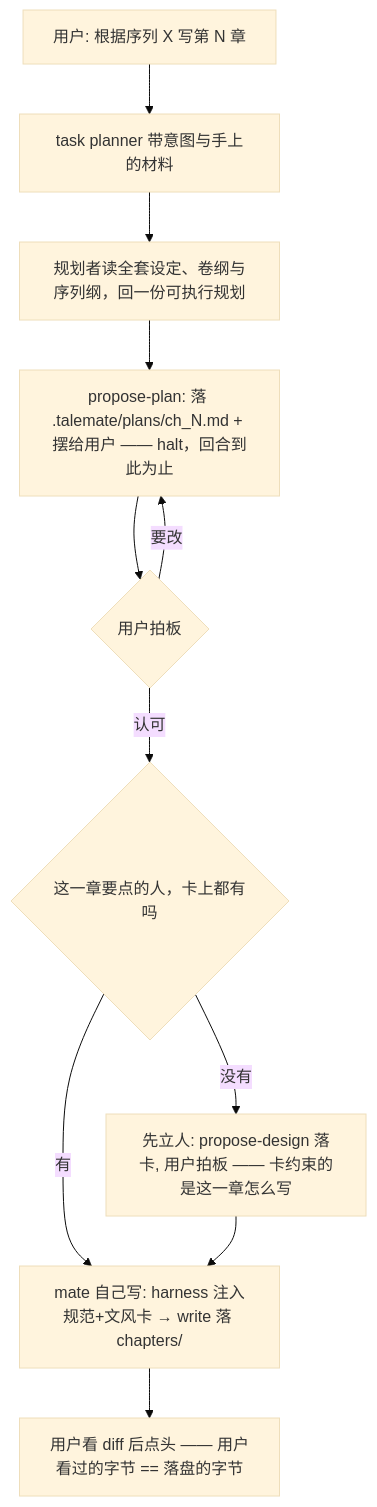
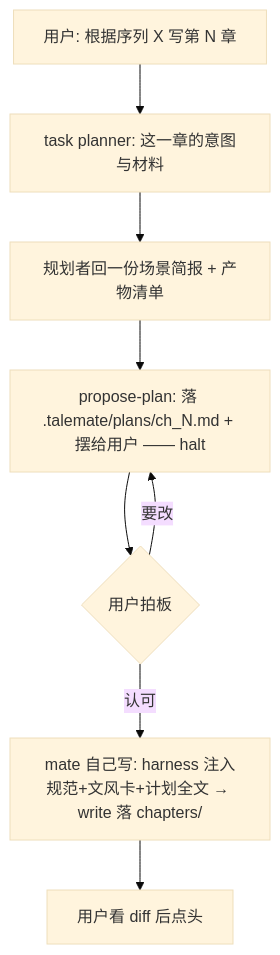
One commit to Sunshine334419520/talemate changed the diagram in docs/design-docs.md. Above: the diagram before and after it, drawn with Mermaid (base theme). The commit also changed other lines of this file and 35 other files, not shown here.

Commit message:
Add diff preview to ProposalCard and update design documentation

````diff
--- a/docs/design-docs.md
+++ b/docs/design-docs.md
@@ -95,13 +106,10 @@
 ```mermaid
 flowchart TD
-    W[用户: 根据序列 X 写第 N 章] --> W1[task planner 带意图与手上的材料]
-    W1 --> W2[规划者读全套设定、卷纲与序列纲，回一份可执行规划]
-    W2 --> W3[propose-plan: 落 .talemate/plans/ch_N.md + 摆给用户 —— halt，回合到此为止]
+    W[用户: 根据序列 X 写第 N 章] --> W1[task planner: 这一章的意图与材料]
+    W1 --> W2[规划者回一份场景简报 + 产物清单]
+    W2 --> W3[propose-plan: 落 .talemate/plans/ch_N.md + 摆给用户 —— halt]
     W3 --> W4{用户拍板}
     W4 -- 要改 --> W3
-    W4 -- 认可 --> W4B{这一章要点的人，卡上都有吗}
-    W4B -- 有 --> W5[mate 自己写: harness 注入规范+文风卡 → write 落 chapters/]
-    W4B -- 没有 --> W4C[先立人: propose-design 落卡, 用户拍板 —— 卡约束的是这一章怎么写]
-    W4C --> W5
-    W5 --> W6[用户看 diff 后点头 —— 用户看过的字节 == 落盘的字节]
+    W4 -- 认可 --> W5[mate 自己写: harness 注入规范+文风卡+计划全文 → write 落 chapters/]
+    W5 --> W6[用户看 diff 后点头]
 ```
````
